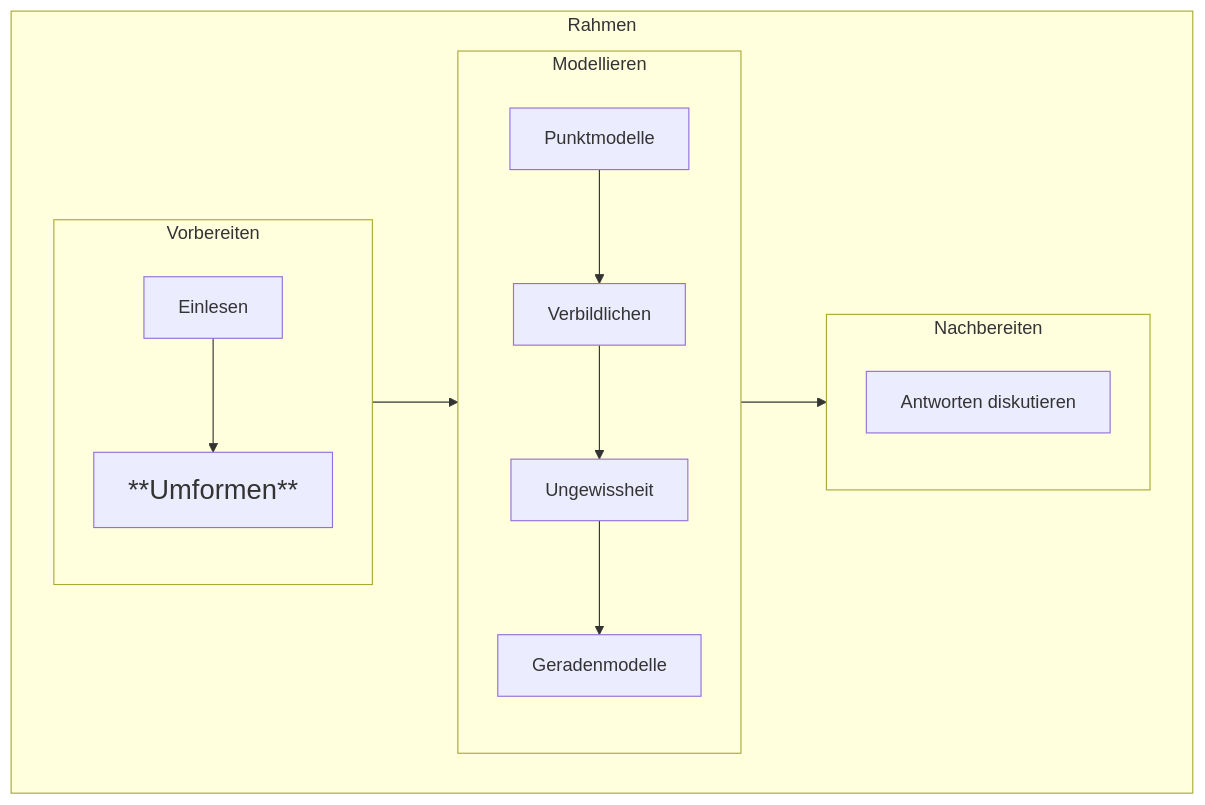
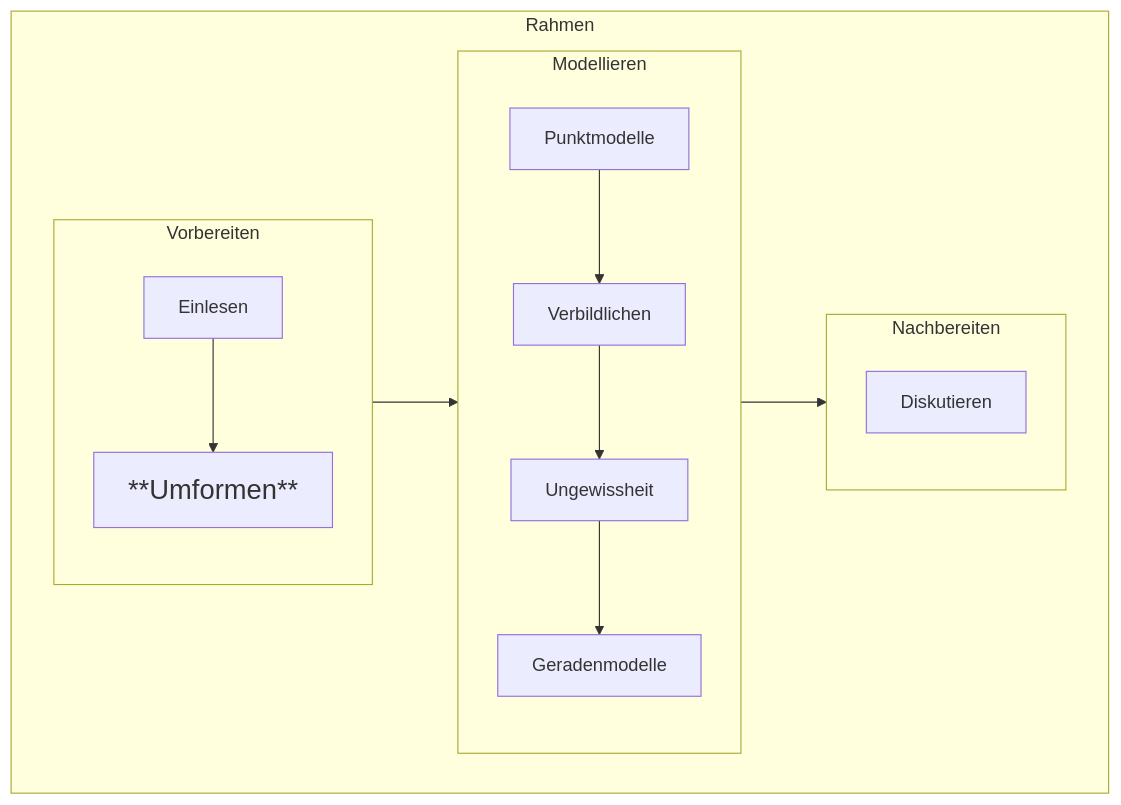
The first of 2 diagrams in aufbereiten.qmd (sebastiansauer/statistik1), drawn with Mermaid before and after one commit. The commit also changed other lines of this file and 293 other files, not shown here.

````diff
--- a/aufbereiten.qmd
+++ b/aufbereiten.qmd
@@ -24,29 +31,29 @@
 ```{mermaid}
 %%| fig-cap: Überblick über den Inhalt und Verlauf des Buches
 %%| label: fig-ueberblick-umformen
-%%| out-width: "100%"
+%%| fig-width: 1  
 
 
 flowchart LR
   subgraph R[Rahmen]
     direction LR
     subgraph V[Vorbereiten]
       direction TB
       E[Einlesen] --> Um[<font size=5>**Umformen**]
     end
     subgraph M[Modellieren]
       direction TB
       M1[Punktmodelle] --> Vis[Verbildlichen]
       Vis --> U[Ungewissheit]
       U --> G[Geradenmodelle]
     end
     subgraph N[Nachbereiten]
       direction TB
-      D[Antworten diskutieren]
+      D[Diskutieren]
     end
   V --> M
   M --> N
   end
   
 
 ```
````
